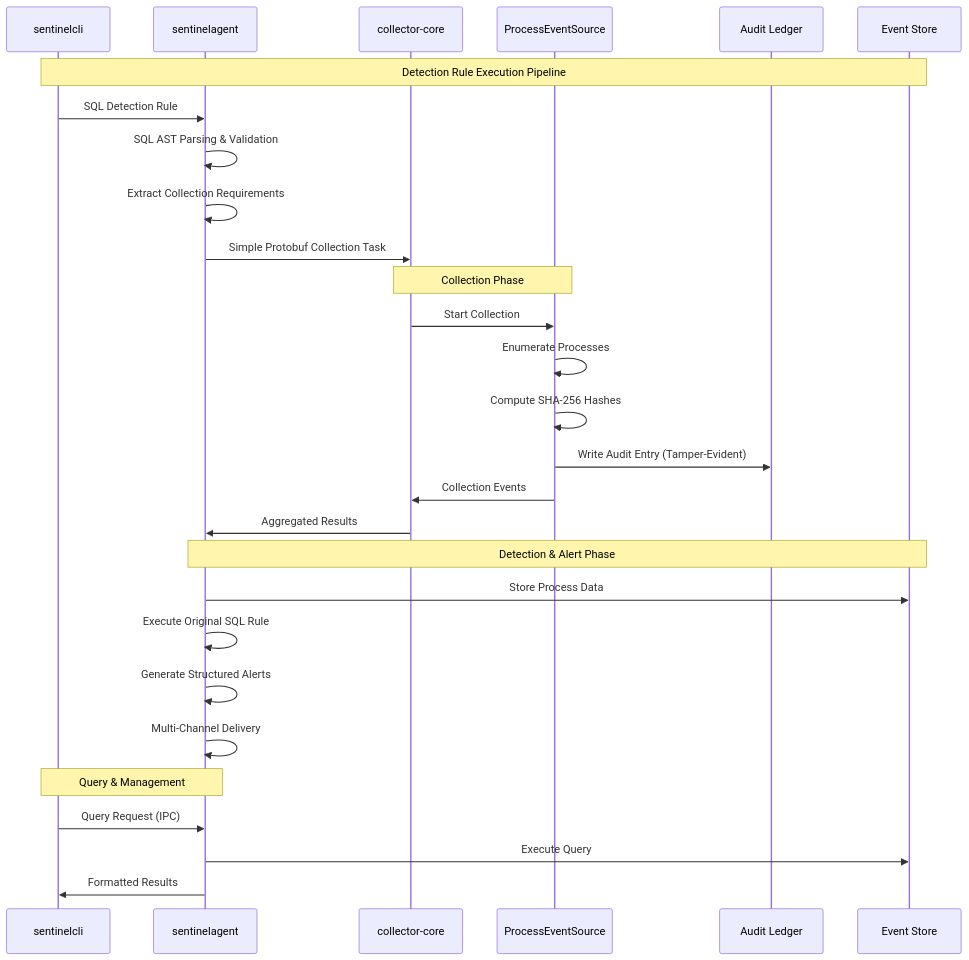
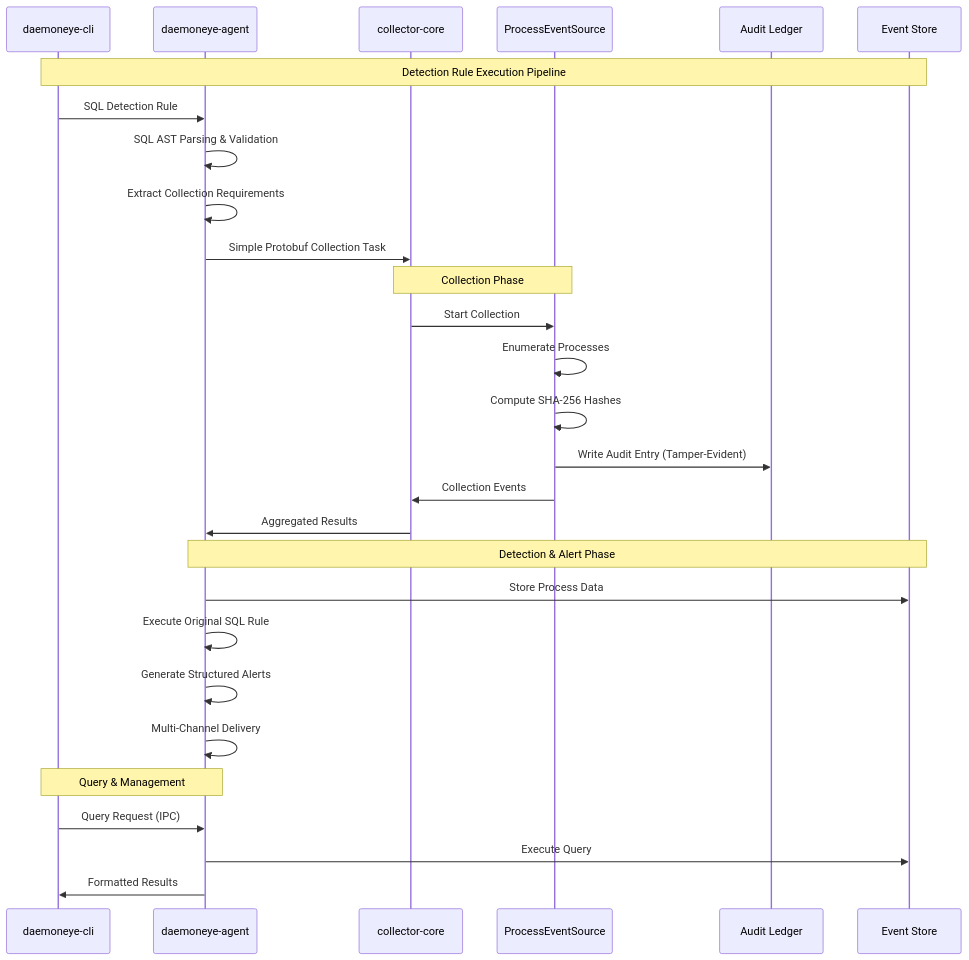
One commit to EvilBit-Labs/DaemonEye changed the third of 6 diagrams in .kiro/specs/sentineld-core-monitoring/design.md. Above: the diagram before and after it, drawn with Mermaid. The commit also changed other lines of this file and 211 other files, not shown here.

````diff
--- a/.kiro/specs/sentineld-core-monitoring/design.md
+++ b/.kiro/specs/sentineld-core-monitoring/design.md
@@ -91,35 +91,35 @@
 ```mermaid
 sequenceDiagram
-    participant CLI as sentinelcli
-    participant AGENT as sentinelagent
+    participant CLI as daemoneye-cli
+    participant AGENT as daemoneye-agent
     participant CORE as collector-core
     participant PROC as ProcessEventSource
     participant AUDIT as Audit Ledger
     participant STORE as Event Store
 
     Note over CLI,STORE: Detection Rule Execution Pipeline
 
     CLI->>AGENT: SQL Detection Rule
     AGENT->>AGENT: SQL AST Parsing & Validation
     AGENT->>AGENT: Extract Collection Requirements
     AGENT->>CORE: Simple Protobuf Collection Task
 
     Note over CORE,PROC: Collection Phase
     CORE->>PROC: Start Collection
     PROC->>PROC: Enumerate Processes
     PROC->>PROC: Compute SHA-256 Hashes
     PROC->>AUDIT: Write Audit Entry (Tamper-Evident)
     PROC->>CORE: Collection Events
     CORE->>AGENT: Aggregated Results
 
     Note over AGENT,STORE: Detection & Alert Phase
     AGENT->>STORE: Store Process Data
     AGENT->>AGENT: Execute Original SQL Rule
     AGENT->>AGENT: Generate Structured Alerts
     AGENT->>AGENT: Multi-Channel Delivery
 
     Note over CLI,AGENT: Query & Management
     CLI->>AGENT: Query Request (IPC)
     AGENT->>STORE: Execute Query
     AGENT->>CLI: Formatted Results
 ```
````
